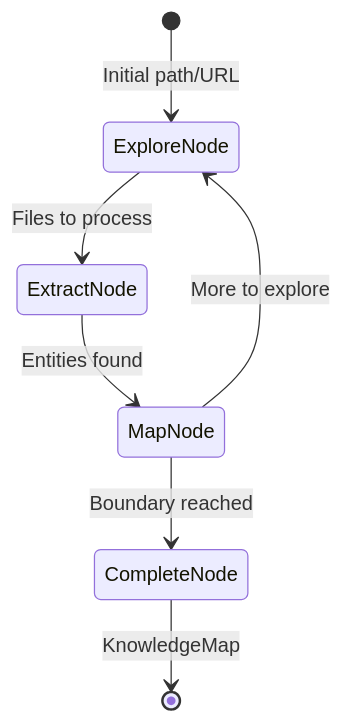
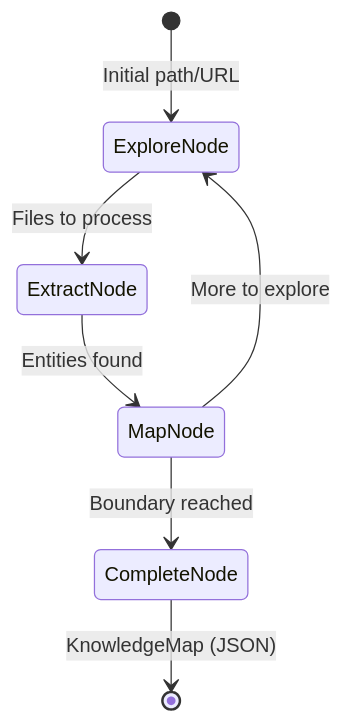
Before and after one commit to runyaga/agentic-patterns-book: the diagram in dev/specs/missing-patterns/spec-21-cartographer.md, drawn with Mermaid. The commit also changed other lines of this file and 13 other files, not shown here.

````diff
--- a/dev/specs/missing-patterns/spec-21-cartographer.md
+++ b/dev/specs/missing-patterns/spec-21-cartographer.md
@@ -40,9 +29,9 @@
 ```mermaid
 stateDiagram-v2
     [*] --> ExploreNode: Initial path/URL
     ExploreNode --> ExtractNode: Files to process
     ExtractNode --> MapNode: Entities found
     MapNode --> ExploreNode: More to explore
     MapNode --> CompleteNode: Boundary reached
-    CompleteNode --> [*]: KnowledgeMap
+    CompleteNode --> [*]: KnowledgeMap (JSON)
 ```
````
